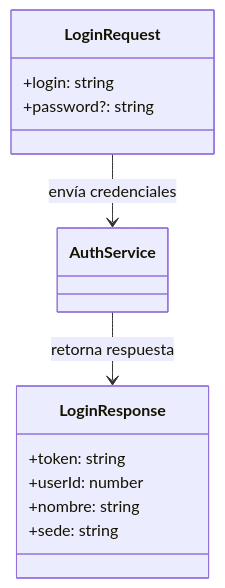
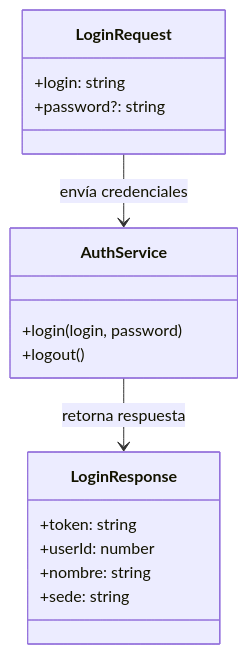
The eighth of 8 diagrams in docs/architecture.md (UM-services/UM.tesoreria.frontend-client), drawn with Mermaid before and after one commit. The commit also changed other lines of this file and 12 other files, not shown here.

````diff
--- a/docs/architecture.md
+++ b/docs/architecture.md
@@ -188,17 +191,22 @@
 ```mermaid
 classDiagram
     class LoginRequest {
         +login: string
         +password?: string
     }
 
     class LoginResponse {
         +token: string
         +userId: number
         +nombre: string
         +sede: string
     }
 
+    class AuthService {
+        +login(login, password)
+        +logout()
+    }
+
     LoginRequest --> AuthService: envía credenciales
     AuthService --> LoginResponse: retorna respuesta
 ```
````
